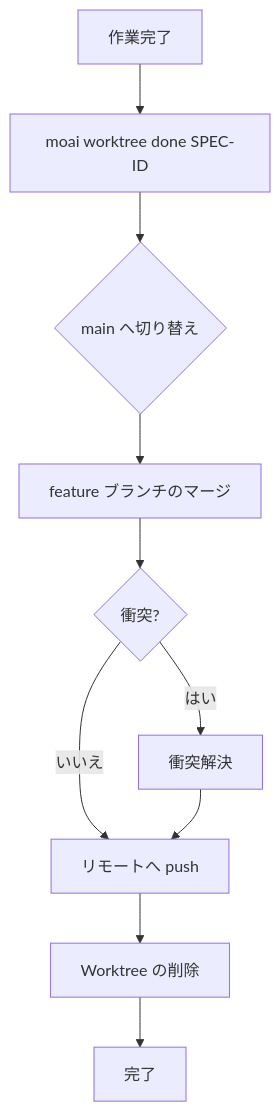
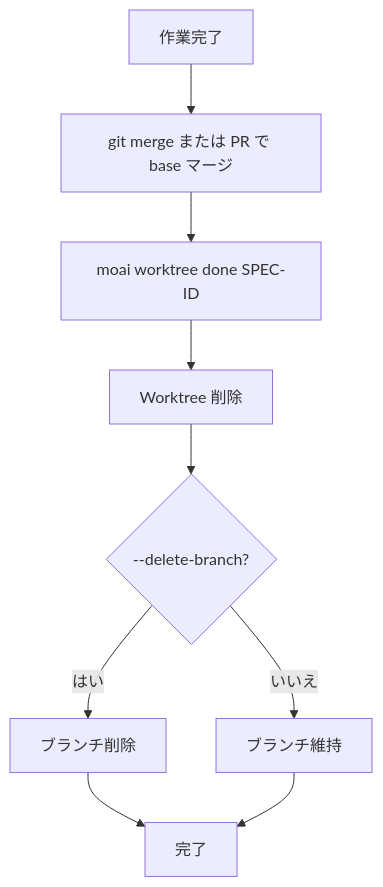
One commit to modu-ai/moai-adk changed the seventh of 10 diagrams in docs-site/content/ja/worktree/guide.md. Above: the diagram before and after it, drawn with Mermaid. The commit also changed other lines of this file and 180 other files, not shown here.

````diff
--- a/docs-site/content/ja/worktree/guide.md
+++ b/docs-site/content/ja/worktree/guide.md
@@ -460,12 +450,11 @@
 ```mermaid
 flowchart TD
-    A[作業完了] --> B[moai worktree done SPEC-ID]
-    B --> C{main へ切り替え}
-    C --> D[feature ブランチのマージ]
-    D --> E{衝突?}
-    E -->|はい| F[衝突解決]
-    E -->|いいえ| G[リモートへ push]
-    F --> G
-    G --> H[Worktree の削除]
-    H --> I[完了]
+    A[作業完了] --> B[git merge または PR で base マージ]
+    B --> C[moai worktree done SPEC-ID]
+    C --> D[Worktree 削除]
+    D --> E{--delete-branch?}
+    E -->|はい| F[ブランチ削除]
+    E -->|いいえ| G[ブランチ維持]
+    F --> H[完了]
+    G --> H[完了]
 ```
````
